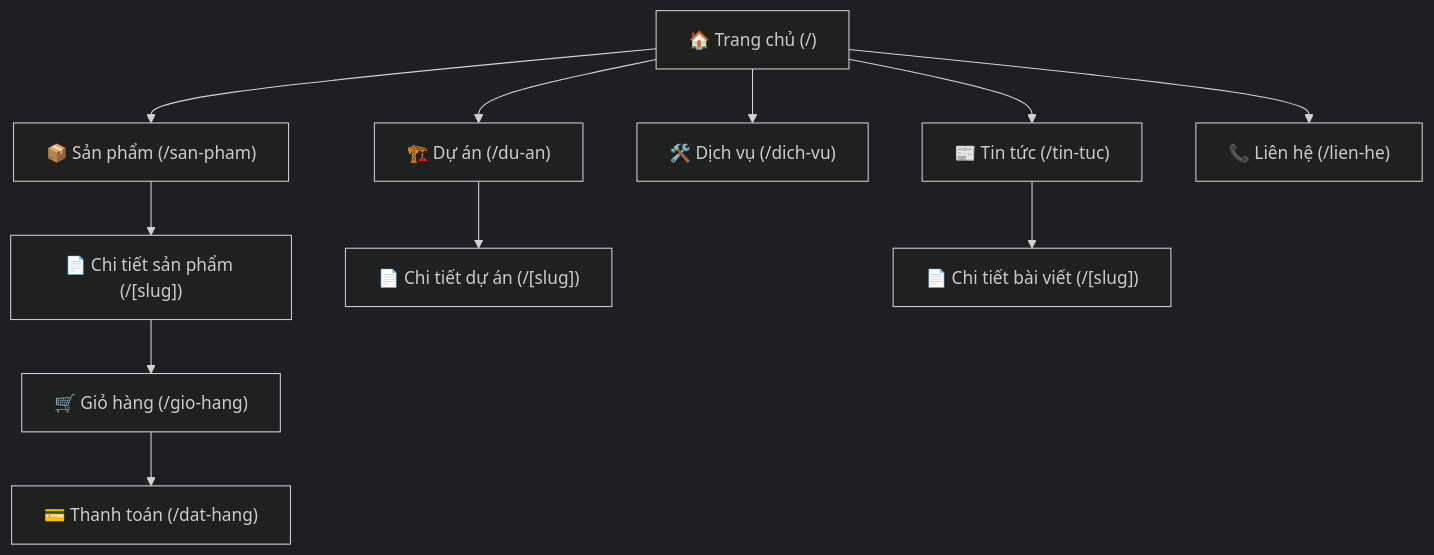
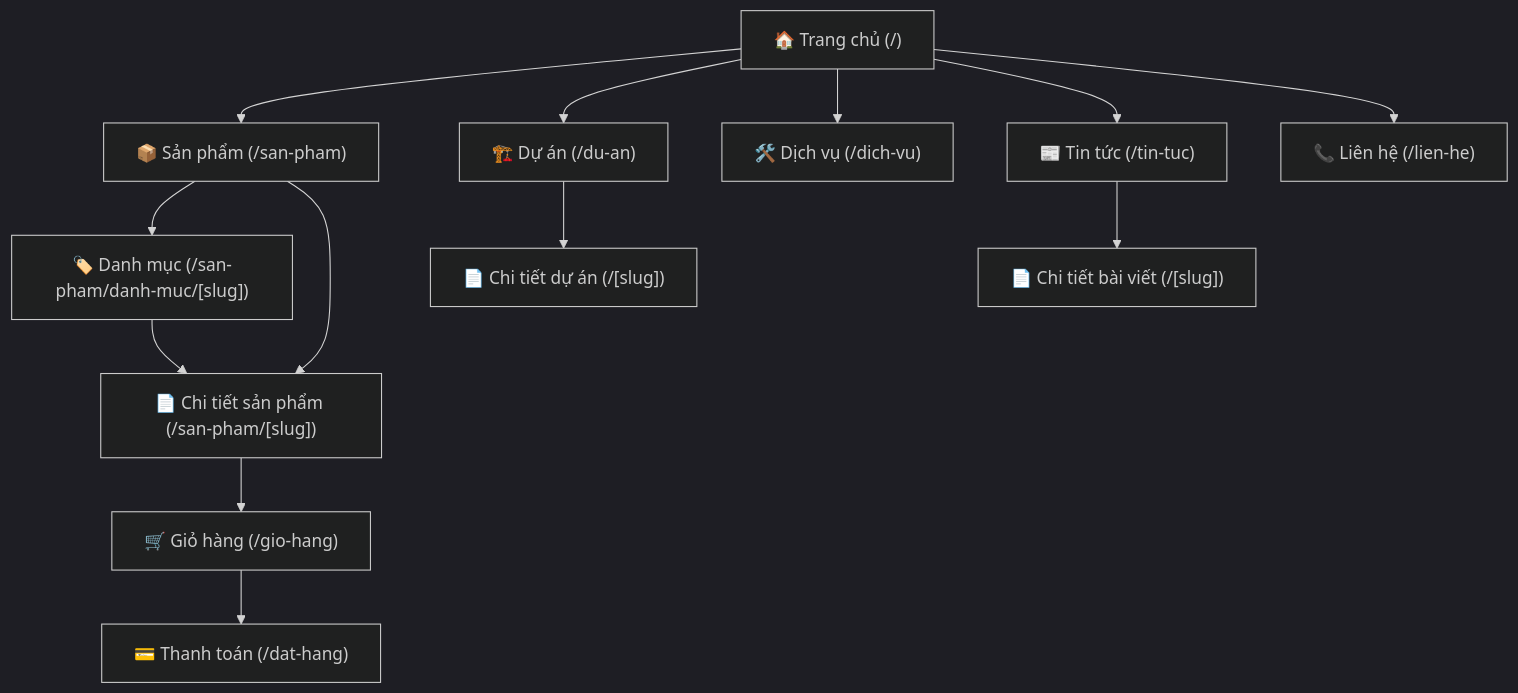
One commit to mvtctn/siphonet changed the first of 3 diagrams in SITEMAP.md. Above: the diagram before and after it, drawn with Mermaid (dark theme). The commit also changed 34 other files, not shown here.

````diff
--- a/SITEMAP.md
+++ b/SITEMAP.md
@@ -7,15 +7,18 @@
 ```mermaid
 graph TD
     Home["🏠 Trang chủ (/)"] --> Products["📦 Sản phẩm (/san-pham)"]
     Home --> Projects["🏗️ Dự án (/du-an)"]
     Home --> Services["🛠️ Dịch vụ (/dich-vu)"]
     Home --> Blog["📰 Tin tức (/tin-tuc)"]
     Home --> Contact["📞 Liên hệ (/lien-he)"]
     
-    Products --> ProductDetail["📄 Chi tiết sản phẩm (/[slug])"]
+    Products --> ProductCategory["🏷️ Danh mục (/san-pham/danh-muc/[slug])"]
+    Products --> ProductDetail["📄 Chi tiết sản phẩm (/san-pham/[slug])"]
+    ProductCategory --> ProductDetail
+    
     Projects --> ProjectDetail["📄 Chi tiết dự án (/[slug])"]
     Blog --> BlogDetail["📄 Chi tiết bài viết (/[slug])"]
     
     ProductDetail --> Cart["🛒 Giỏ hàng (/gio-hang)"]
     Cart --> Checkout["💳 Thanh toán (/dat-hang)"]
 ```
````
